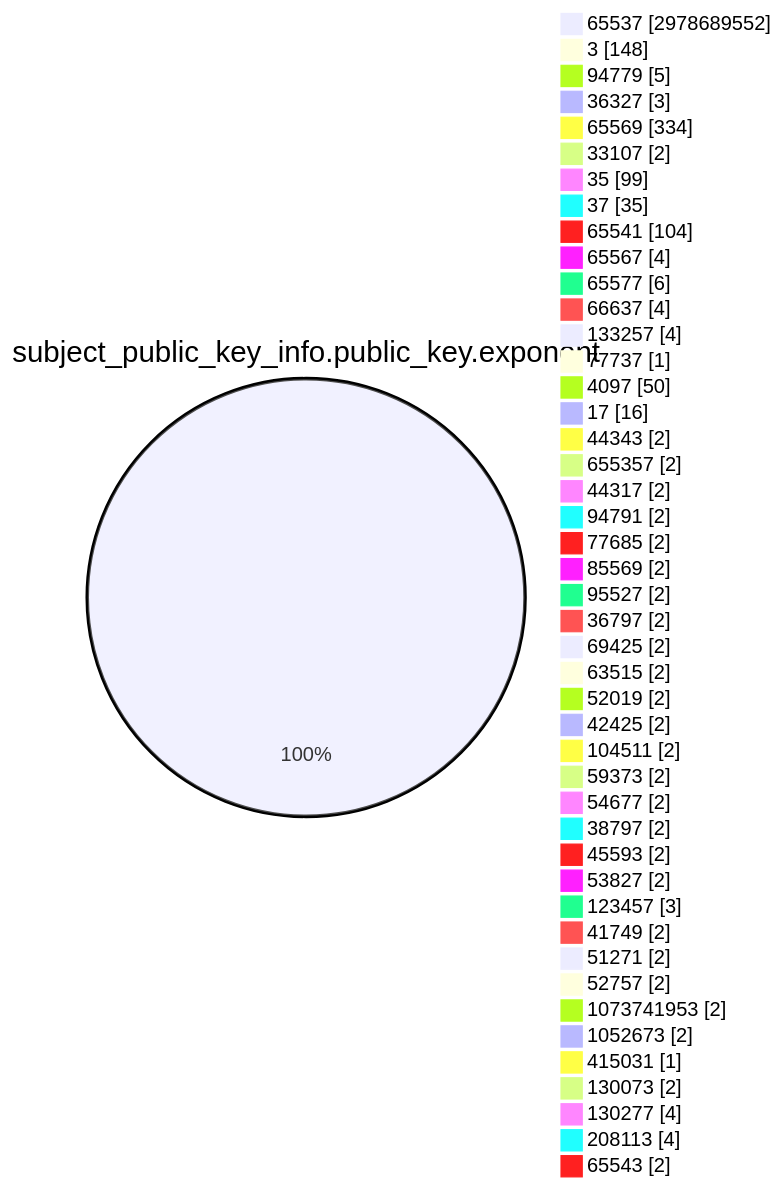
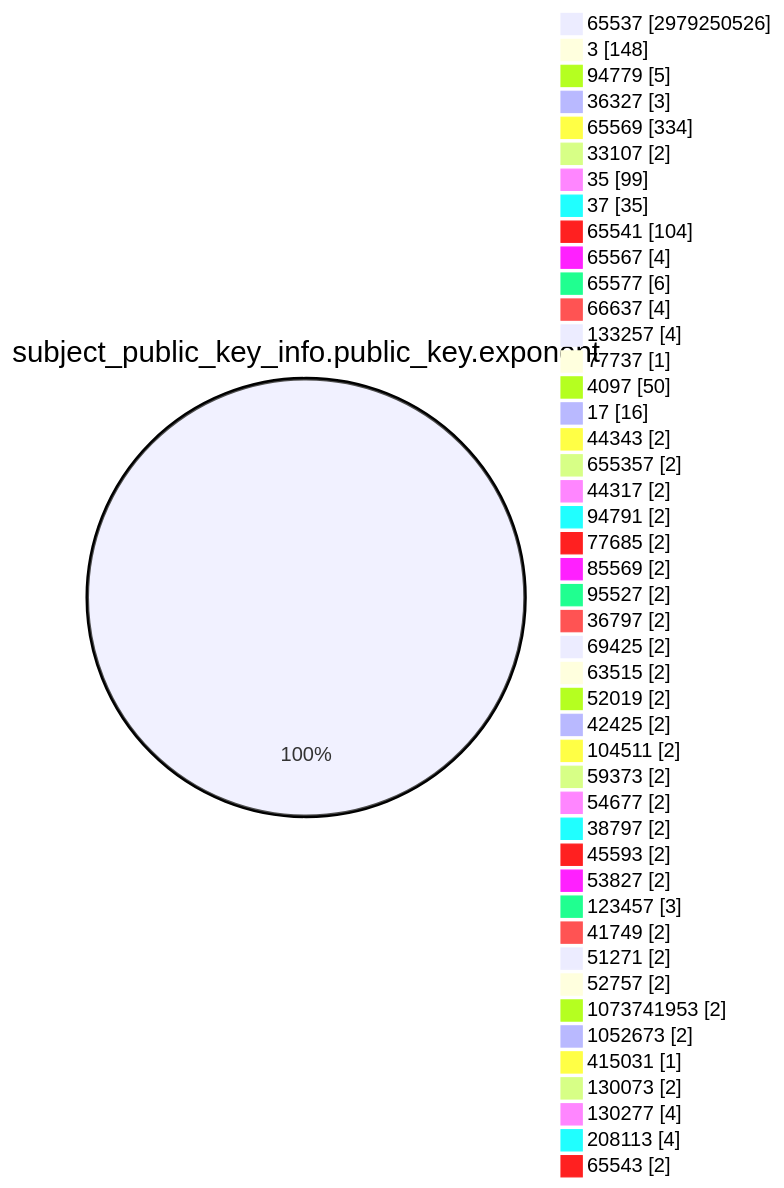
The fourth of 15 diagrams in TOTAL/README.md (christiankrug/ctmonitor_visualization), drawn with Mermaid before and after one commit. The commit also changed other lines of this file, not shown here.

````diff
--- a/TOTAL/README.md
+++ b/TOTAL/README.md
@@ -1471,49 +1471,49 @@
 ```mermaid
 pie showData
 title subject_public_key_info.public_key.exponent
-"65537" :2978689552
+"65537" :2979250526
 "3" :148
 "94779" :5
 "36327" :3
 "65569" :334
 "33107" :2
 "35" :99
 "37" :35
 "65541" :104
 "65567" :4
 "65577" :6
 "66637" :4
 "133257" :4
 "77737" :1
 "4097" :50
 "17" :16
 "44343" :2
 "655357" :2
 "44317" :2
 "94791" :2
 "77685" :2
 "85569" :2
 "95527" :2
 "36797" :2
 "69425" :2
 "63515" :2
 "52019" :2
 "42425" :2
 "104511" :2
 "59373" :2
 "54677" :2
 "38797" :2
 "45593" :2
 "53827" :2
 "123457" :3
 "41749" :2
 "51271" :2
 "52757" :2
 "1073741953" :2
 "1052673" :2
 "415031" :1
 "130073" :2
 "130277" :4
 "208113" :4
 "65543" :2
 ```
````
